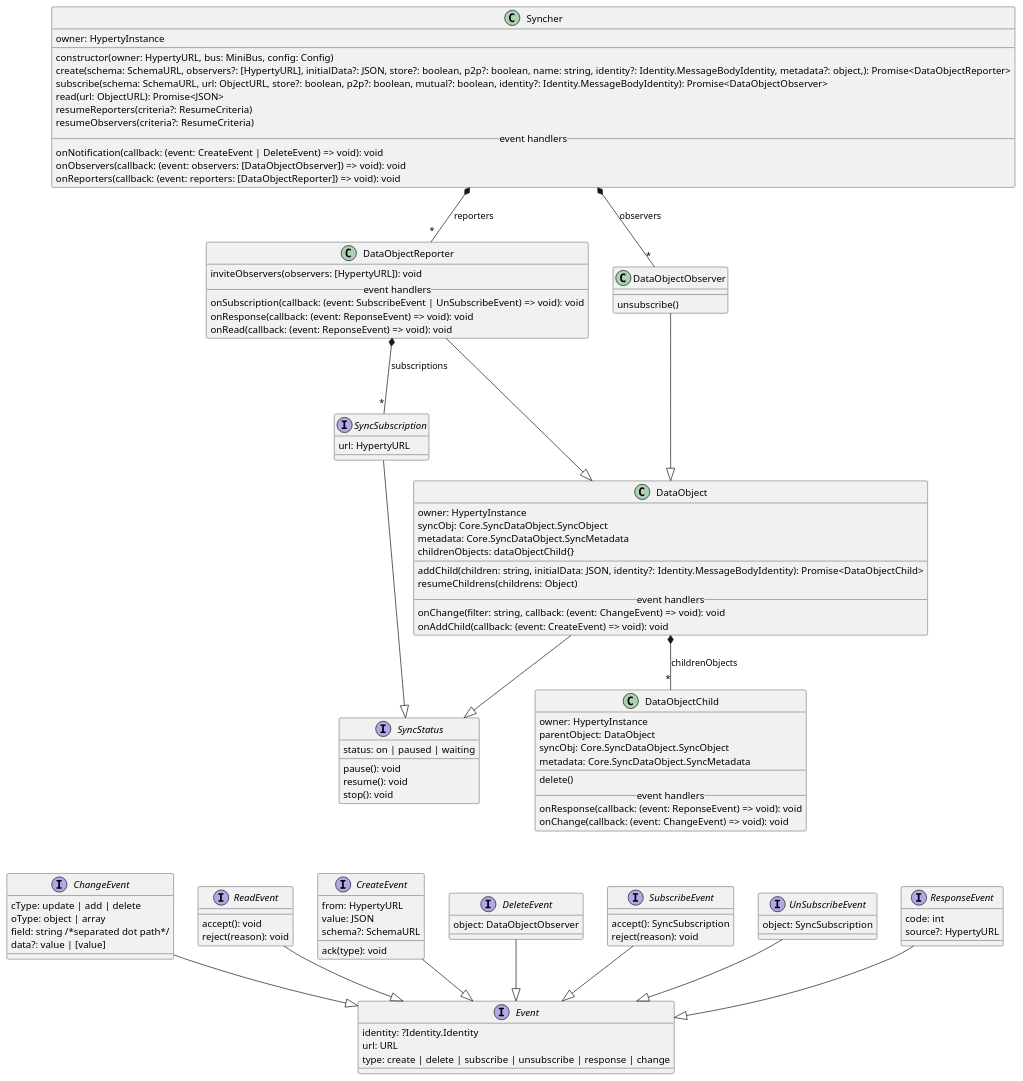
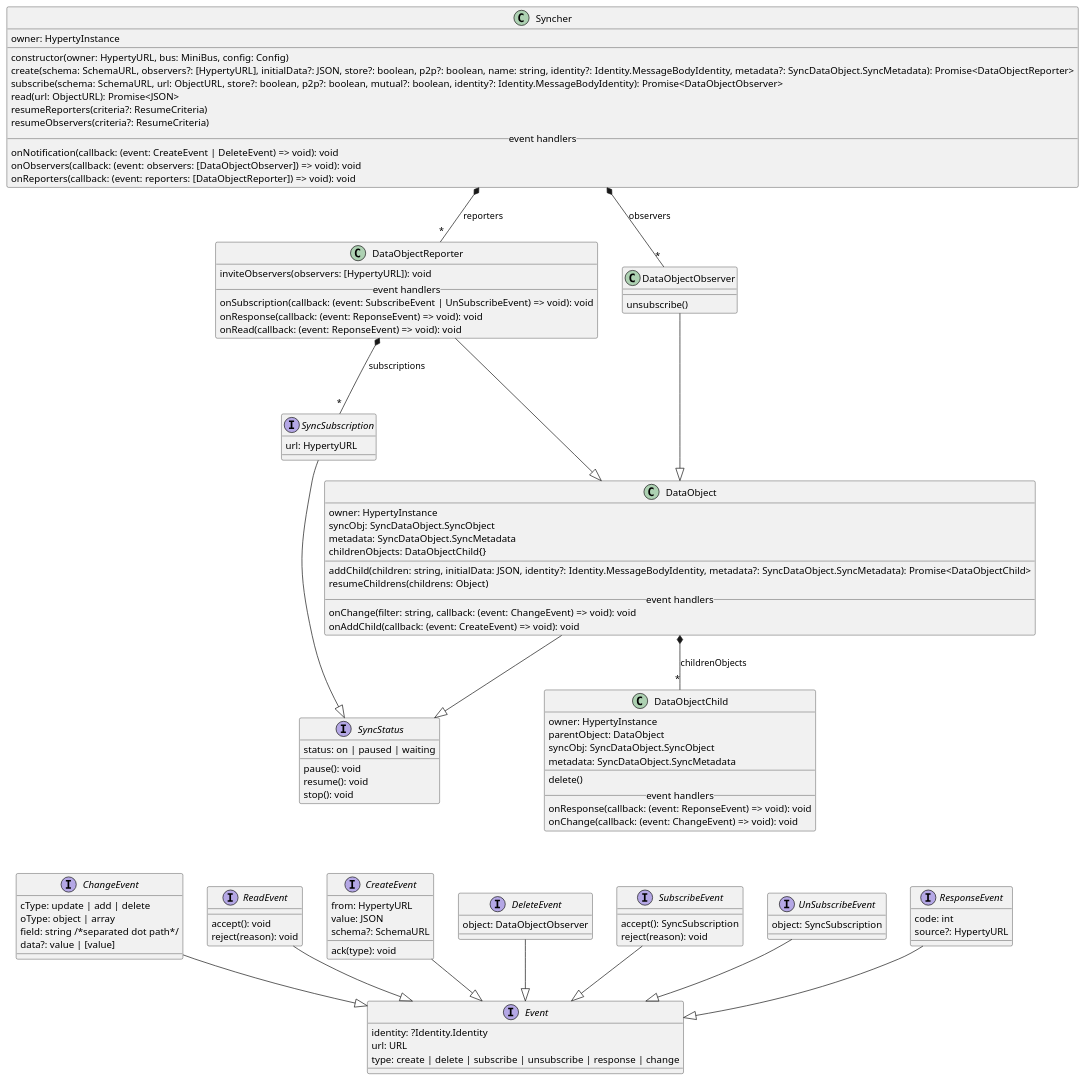
The diagram in service-framework/SyncherAPI.puml (reTHINK-project/specs), drawn with PlantUML before and after one commit. The commit also changed 3 other files, not shown here.

```diff
--- a/service-framework/SyncherAPI.puml
+++ b/service-framework/SyncherAPI.puml
@@ -1,137 +1,137 @@
 @startuml
 
 interface SyncSubscription {
   url: HypertyURL
 }
 
 interface SyncStatus {
   status: on | paused | waiting
   pause(): void
   resume(): void
   stop(): void
 }
 
 class Syncher {
   owner: HypertyInstance
   __
   constructor(owner: HypertyURL, bus: MiniBus, config: Config)
-  create(schema: SchemaURL, observers?: [HypertyURL], initialData?: JSON, store?: boolean, p2p?: boolean, name: string, identity?: Identity.MessageBodyIdentity, metadata?: object,): Promise<DataObjectReporter>
+  create(schema: SchemaURL, observers?: [HypertyURL], initialData?: JSON, store?: boolean, p2p?: boolean, name: string, identity?: Identity.MessageBodyIdentity, metadata?: SyncDataObject.SyncMetadata): Promise<DataObjectReporter>
   subscribe(schema: SchemaURL, url: ObjectURL, store?: boolean, p2p?: boolean, mutual?: boolean, identity?: Identity.MessageBodyIdentity): Promise<DataObjectObserver>
   read(url: ObjectURL): Promise<JSON>
   resumeReporters(criteria?: ResumeCriteria)
   resumeObservers(criteria?: ResumeCriteria)
   __ event handlers __
   onNotification(callback: (event: CreateEvent | DeleteEvent) => void): void
   onObservers(callback: (event: observers: [DataObjectObserver]) => void): void
   onReporters(callback: (event: reporters: [DataObjectReporter]) => void): void
 }
 
 class DataObject {
   owner: HypertyInstance
-  syncObj: Core.SyncDataObject.SyncObject
-  metadata: Core.SyncDataObject.SyncMetadata
-  childrenObjects: dataObjectChild{}
+  syncObj: SyncDataObject.SyncObject
+  metadata: SyncDataObject.SyncMetadata
+  childrenObjects: DataObjectChild{}
   __
-  addChild(children: string, initialData: JSON, identity?: Identity.MessageBodyIdentity): Promise<DataObjectChild>
+  addChild(children: string, initialData: JSON, identity?: Identity.MessageBodyIdentity, metadata?: SyncDataObject.SyncMetadata): Promise<DataObjectChild>
   resumeChildrens(childrens: Object)
   __ event handlers __
   onChange(filter: string, callback: (event: ChangeEvent) => void): void
   onAddChild(callback: (event: CreateEvent) => void): void
 }
 
 class DataObjectChild {
   owner: HypertyInstance
   parentObject: DataObject
-  syncObj: Core.SyncDataObject.SyncObject
-  metadata: Core.SyncDataObject.SyncMetadata
+  syncObj: SyncDataObject.SyncObject
+  metadata: SyncDataObject.SyncMetadata
   __
   delete()
   __ event handlers __
   onResponse(callback: (event: ReponseEvent) => void): void
   onChange(callback: (event: ChangeEvent) => void): void
 }
 
 class DataObjectReporter {
   inviteObservers(observers: [HypertyURL]): void
   __ event handlers __
   onSubscription(callback: (event: SubscribeEvent | UnSubscribeEvent) => void): void
   onResponse(callback: (event: ReponseEvent) => void): void
   onRead(callback: (event: ReponseEvent) => void): void
 }
 
 class DataObjectObserver {
 __
 unsubscribe()
 }
 
 interface Event {
   identity: ?Identity.Identity
   url: URL
   type: create | delete | subscribe | unsubscribe | response | change
 }
 
 interface CreateEvent {
   from: HypertyURL
   value: JSON
   schema?: SchemaURL
   ack(type): void
 }
 
 interface DeleteEvent {
   object: DataObjectObserver
 }
 
 interface SubscribeEvent {
   accept(): SyncSubscription
   reject(reason): void
 }
 
 interface UnSubscribeEvent {
   object: SyncSubscription
 }
 
 interface ResponseEvent {
   code: int
   source?: HypertyURL
 }
 
 interface ChangeEvent {
   cType: update | add | delete
   oType: object | array
   field: string /*separated dot path*/
   data?: value | [value]
 }
 
 interface ReadEvent {
   accept(): void
   reject(reason): void
 }
 
 CreateEvent --|> Event
 DeleteEvent --|> Event
 SubscribeEvent --|> Event
 UnSubscribeEvent --|> Event
 ResponseEvent --|> Event
 ChangeEvent --|> Event
 ReadEvent --|> Event
 
 SyncSubscription --|> SyncStatus
 
 DataObject --|> SyncStatus
 DataObject *--"*" DataObjectChild:childrenObjects
 
 DataObjectObserver ---|> DataObject
 
 DataObjectReporter ---|> DataObject
 DataObjectReporter *--"*" SyncSubscription:subscriptions
 
 Syncher *--"*" DataObjectReporter:reporters
 Syncher *--"*" DataObjectObserver:observers
 
 DataObjectChild -[hidden]down- DeleteEvent
 DataObjectChild -[hidden]down- CreateEvent
 DataObjectChild -[hidden]down- SubscribeEvent
 DataObjectChild -[hidden]down- UnSubscribeEvent
 DataObjectChild -[hidden]down- ResponseEvent
 
 @enduml
```
